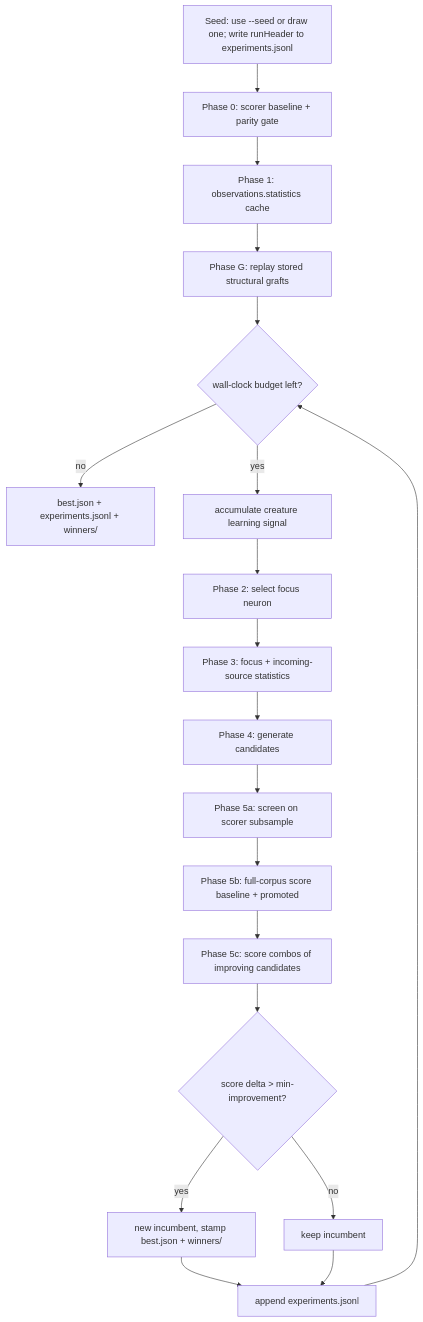
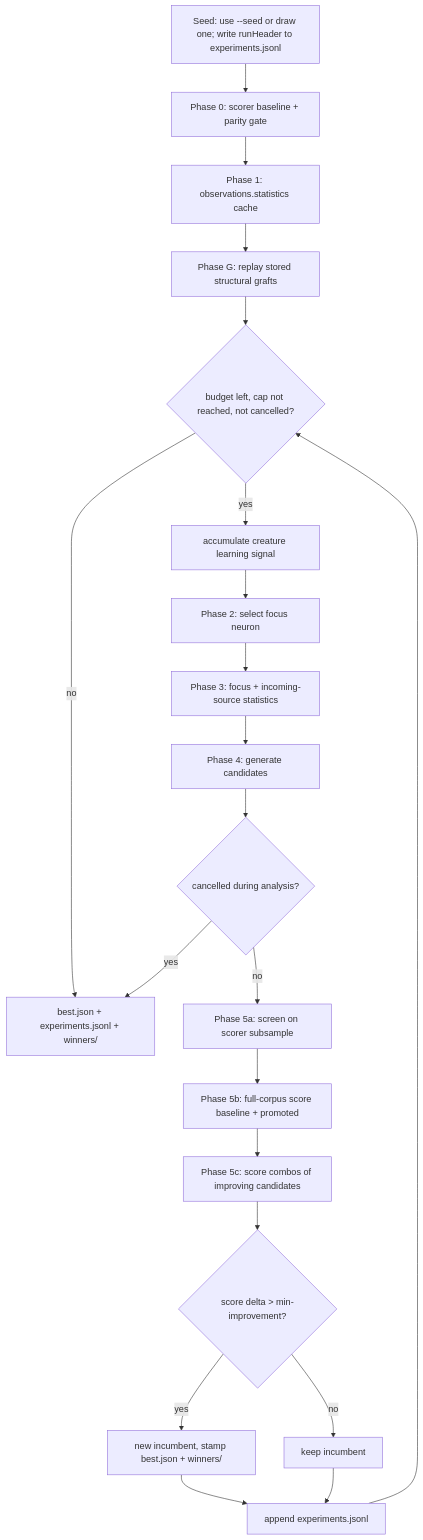
The first of 2 diagrams in README.md (stSoftwareAU/NEAT-AI-Lamarck), drawn with Mermaid before and after one commit. The commit also changed other lines of this file and 11 other files, not shown here.

````diff
--- a/README.md
+++ b/README.md
@@ -189,21 +190,23 @@
 ```mermaid
 flowchart TD
     SEED[Seed: use --seed or draw one; write runHeader to experiments.jsonl] --> P0
     P0[Phase 0: scorer baseline + parity gate] --> OBS[Phase 1: observations.statistics cache]
     OBS --> G[Phase G: replay stored structural grafts]
-    G --> LOOP{wall-clock budget left?}
+    G --> LOOP{budget left, cap not reached, not cancelled?}
     LOOP -- no --> OUT[best.json + experiments.jsonl + winners/]
     LOOP -- yes --> LRN[accumulate creature learning signal]
     LRN --> F[Phase 2: select focus neuron]
     F --> AN[Phase 3: focus + incoming-source statistics]
     AN --> GEN[Phase 4: generate candidates]
-    GEN --> SCR[Phase 5a: screen on scorer subsample]
+    GEN --> CAN{cancelled during analysis?}
+    CAN -- yes --> OUT
+    CAN -- no --> SCR[Phase 5a: screen on scorer subsample]
     SCR --> PRO[Phase 5b: full-corpus score baseline + promoted]
     PRO --> CMB[Phase 5c: score combos of improving candidates]
     CMB --> ACC{score delta > min-improvement?}
     ACC -- yes --> NEW[new incumbent, stamp best.json + winners/]
     ACC -- no --> KEEP[keep incumbent]
     NEW --> J[append experiments.jsonl]
     KEEP --> J
     J --> LOOP
 ```
````
